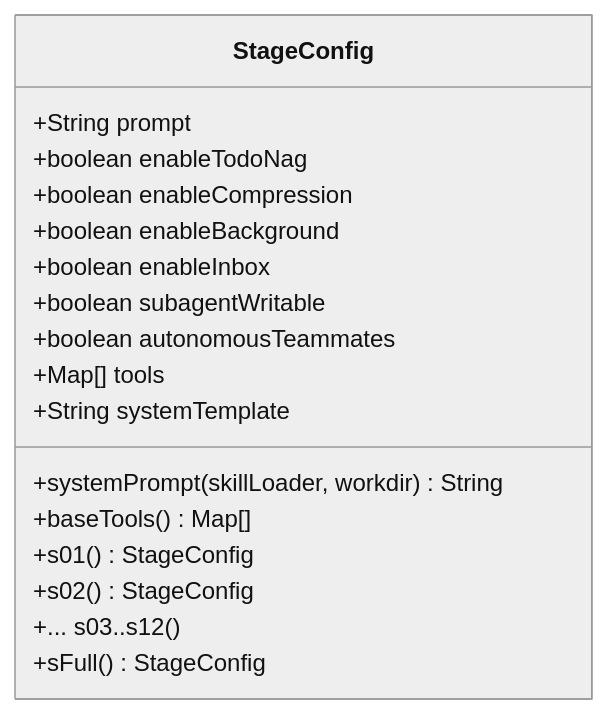
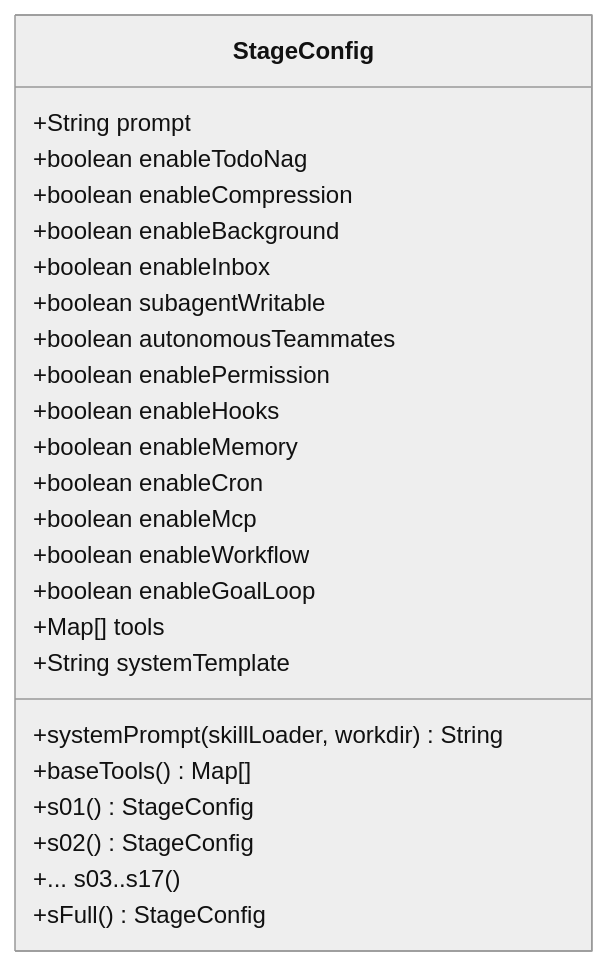
One commit to chenlds1994/learn-claude-code-java changed the third of 5 diagrams in .qoder/repowiki/zh/content/开发者指南/扩展开发/自定义学习阶段开发.md. Above: the diagram before and after it, drawn with Mermaid (neutral theme). The commit also changed other lines of this file and 143 other files, not shown here.

First line of the commit message:
更新 repowiki 与 drawio 教程图至 17 阶段结构

````diff
--- a/.qoder/repowiki/zh/content/开发者指南/扩展开发/自定义学习阶段开发.md
+++ b/.qoder/repowiki/zh/content/开发者指南/扩展开发/自定义学习阶段开发.md
@@ -142,20 +142,27 @@
 ```mermaid
 classDiagram
 class StageConfig {
 +String prompt
 +boolean enableTodoNag
 +boolean enableCompression
 +boolean enableBackground
 +boolean enableInbox
 +boolean subagentWritable
 +boolean autonomousTeammates
++boolean enablePermission
++boolean enableHooks
++boolean enableMemory
++boolean enableCron
++boolean enableMcp
++boolean enableWorkflow
++boolean enableGoalLoop
 +Map[] tools
 +String systemTemplate
 +systemPrompt(skillLoader, workdir) String
 +baseTools() Map[]
 +s01() StageConfig
 +s02() StageConfig
-+... s03..s12()
++... s03..s17()
 +sFull() StageConfig
 }
 ```
````
